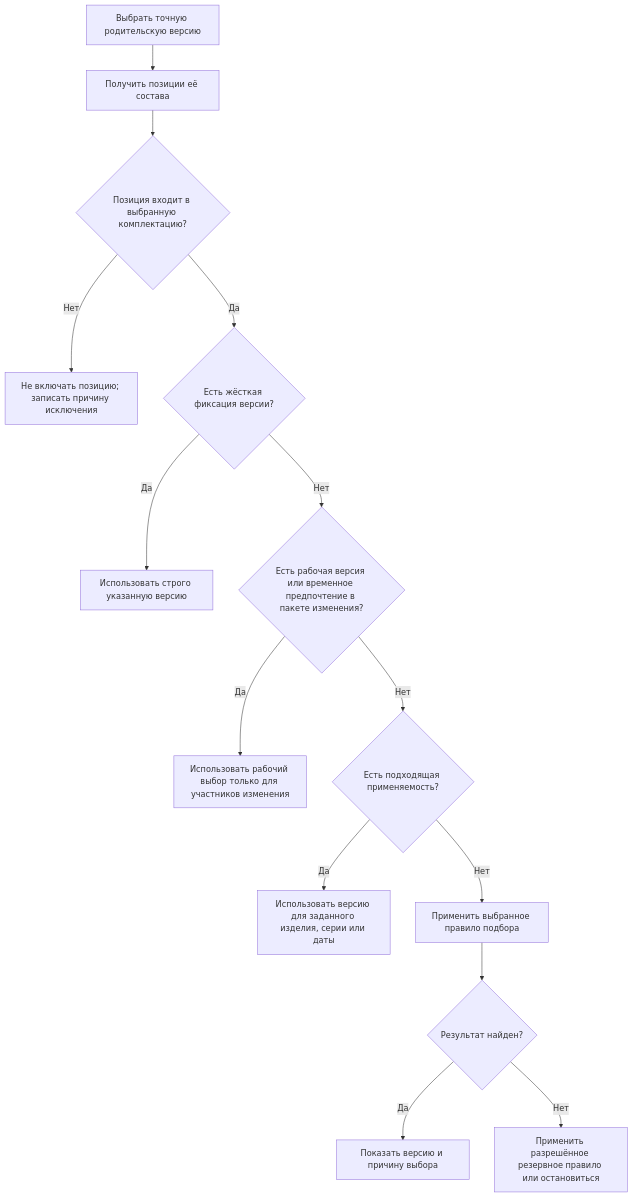
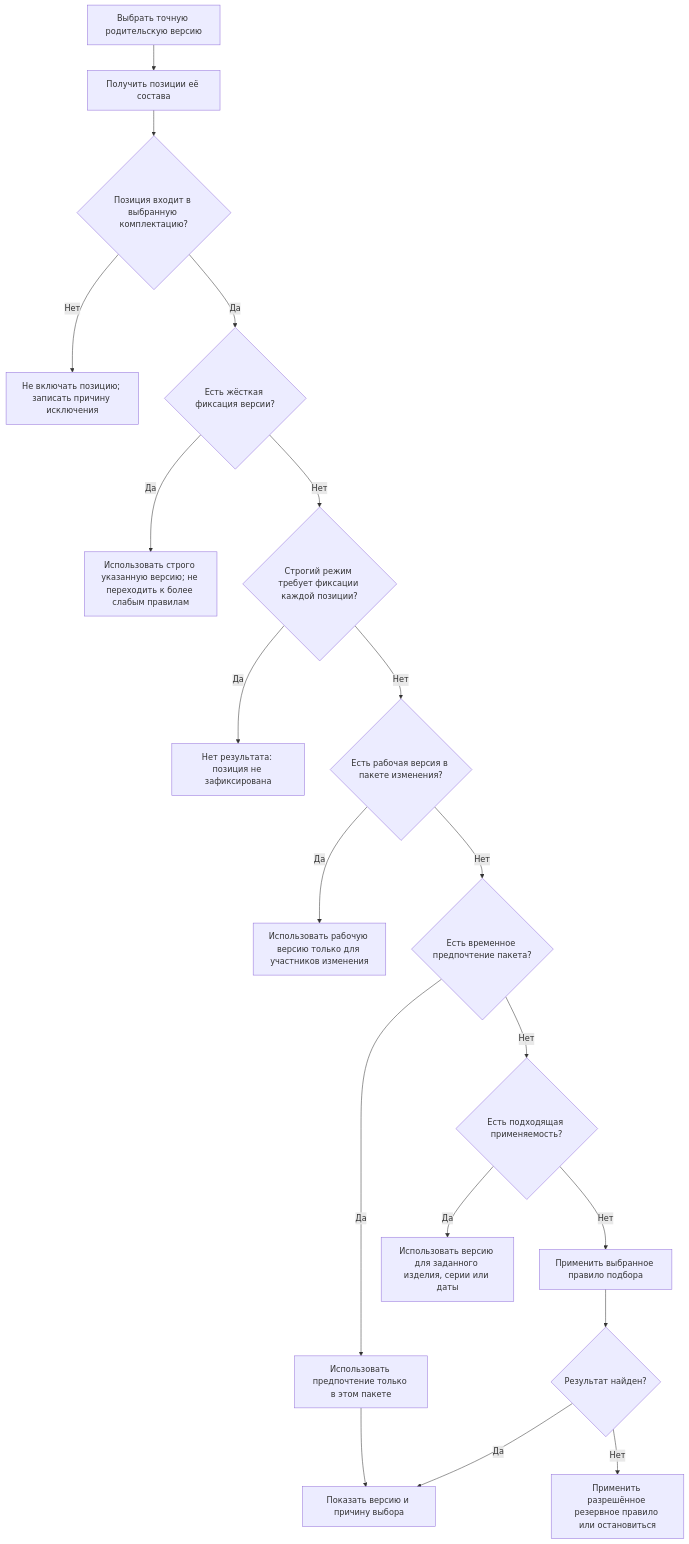
Before and after one commit to ZelAnton/Interlink-product-book: the diagram in wiki/Selection-overview.md, drawn with Mermaid. The commit also changed other lines of this file and 67 other files, not shown here.

````diff
--- a/wiki/Selection-overview.md
+++ b/wiki/Selection-overview.md
@@ -74,16 +74,21 @@
 ```mermaid
 flowchart TD
     A["Выбрать точную родительскую версию"] --> B["Получить позиции её состава"]
     B --> C{"Позиция входит в выбранную комплектацию?"}
     C -->|Нет| D["Не включать позицию; записать причину исключения"]
     C -->|Да| E{"Есть жёсткая фиксация версии?"}
-    E -->|Да| F["Использовать строго указанную версию"]
-    E -->|Нет| G{"Есть рабочая версия или временное предпочтение в пакете изменения?"}
-    G -->|Да| H["Использовать рабочий выбор только для участников изменения"]
-    G -->|Нет| I{"Есть подходящая применяемость?"}
+    E -->|Да| F["Использовать строго указанную версию; не переходить к более слабым правилам"]
+    E -->|Нет| S{"Строгий режим требует фиксации каждой позиции?"}
+    S -->|Да| T["Нет результата: позиция не зафиксирована"]
+    S -->|Нет| G{"Есть рабочая версия в пакете изменения?"}
+    G -->|Да| H["Использовать рабочую версию только для участников изменения"]
+    G -->|Нет| P{"Есть временное предпочтение пакета?"}
+    P -->|Да| Q["Использовать предпочтение только в этом пакете"]
+    P -->|Нет| I{"Есть подходящая применяемость?"}
+    Q --> M
     I -->|Да| J["Использовать версию для заданного изделия, серии или даты"]
     I -->|Нет| K["Применить выбранное правило подбора"]
     K --> L{"Результат найден?"}
     L -->|Да| M["Показать версию и причину выбора"]
     L -->|Нет| N["Применить разрешённое резервное правило или остановиться"]
 ```
````
